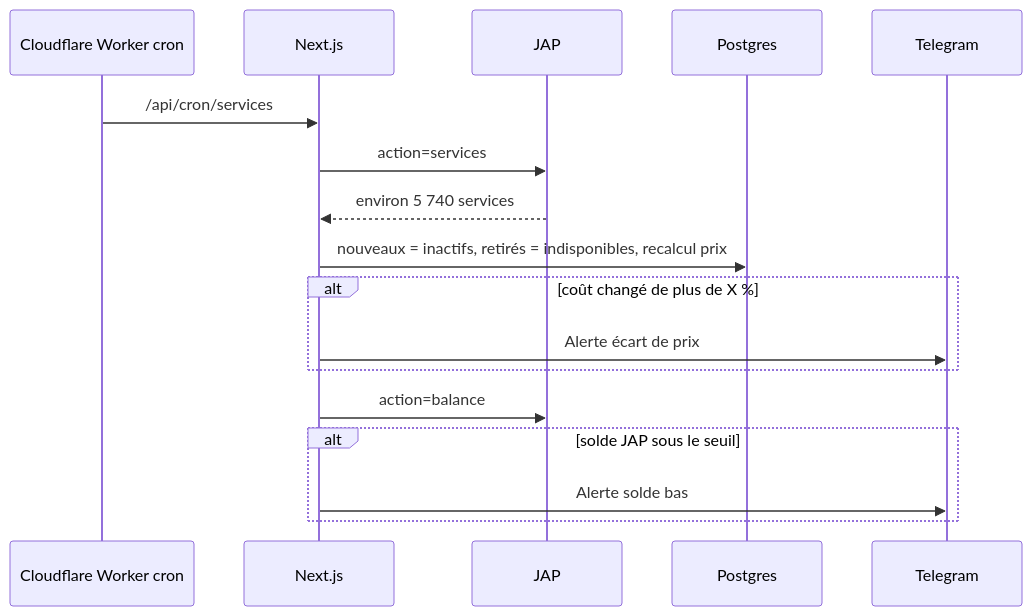
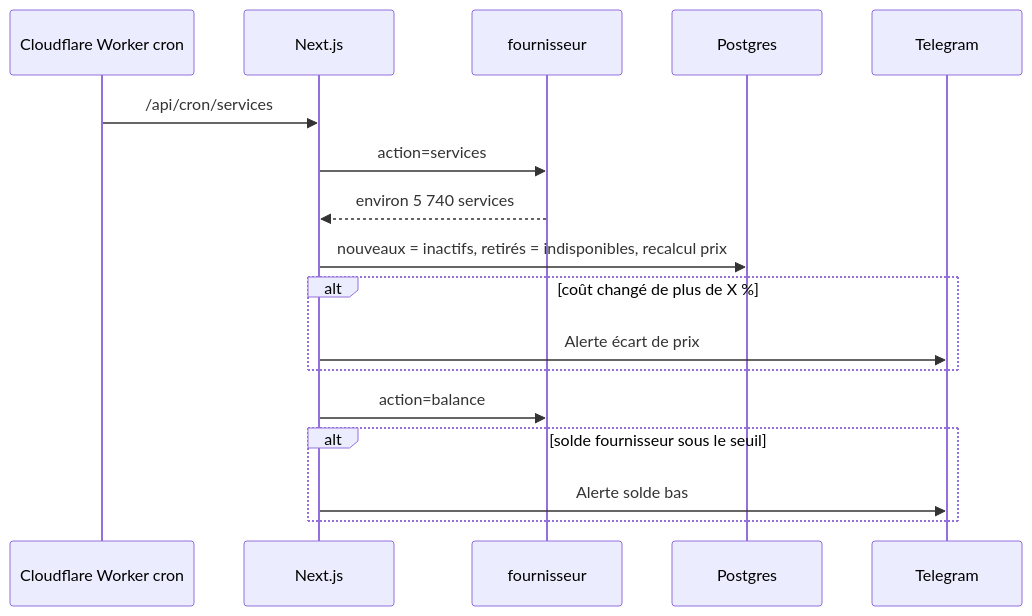
One commit to lyon32/lyonpanel changed the tenth of 13 diagrams in ARCHITECTURE.md. Above: the diagram before and after it, drawn with Mermaid. The commit also changed other lines of this file and 39 other files, not shown here.

Commit message:
docs(phase-4): phase 3 validée, JAP remplacé par fournisseur, plan de la phase 4

````diff
--- a/ARCHITECTURE.md
+++ b/ARCHITECTURE.md
@@ -251,19 +251,19 @@
 ```mermaid
 sequenceDiagram
   participant CR as Cloudflare Worker cron
   participant N as Next.js
-  participant J as JAP
+  participant J as fournisseur
   participant DB as Postgres
   participant T as Telegram
   CR->>N: /api/cron/services
   N->>J: action=services
   J-->>N: environ 5 740 services
   N->>DB: nouveaux = inactifs, retirés = indisponibles, recalcul prix
   alt coût changé de plus de X %
     N->>T: Alerte écart de prix
   end
   N->>J: action=balance
-  alt solde JAP sous le seuil
+  alt solde fournisseur sous le seuil
     N->>T: Alerte solde bas
   end
 ```
````
